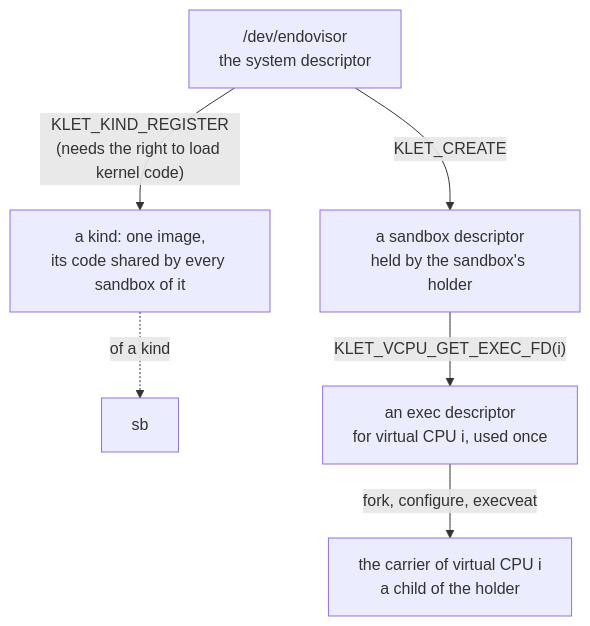
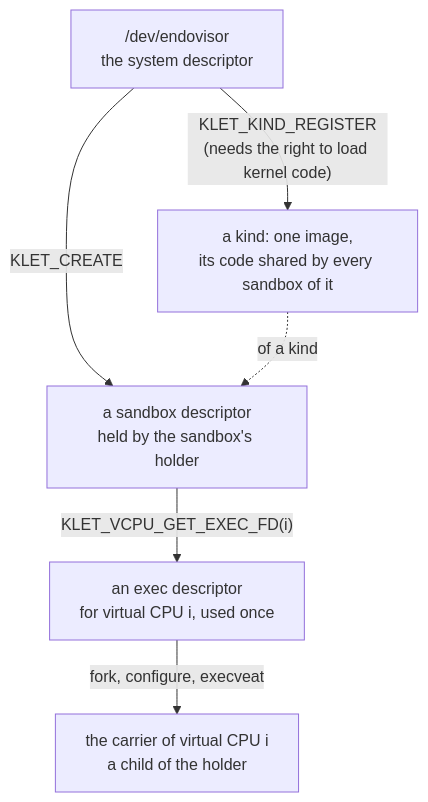
Before and after one commit to Plucky923/kernelet: the first of 2 diagrams in src/the-endovisor-uapi.md, drawn with Mermaid. The commit also changed other lines of this file and 15 other files, not shown here.

````diff
--- a/src/the-endovisor-uapi.md
+++ b/src/the-endovisor-uapi.md
@@ -157,8 +162,8 @@
 ```mermaid
 flowchart TB
     dev["/dev/endovisor<br/>the system descriptor"] -- "KLET_CREATE" --> sandbox_fd["a sandbox descriptor<br/>held by the sandbox's holder"]
     dev -- "KLET_KIND_REGISTER<br/>(needs the right to load kernel code)" --> kind["a kind: one image,<br/>its code shared by every sandbox of it"]
-    kind -. "of a kind" .-> sb
+    kind -. "of a kind" .-> sandbox_fd
     sandbox_fd -- "KLET_VCPU_GET_EXEC_FD(i)" --> ex["an exec descriptor<br/>for virtual CPU i, used once"]
     ex -- "fork, configure, execveat" --> car["the carrier of virtual CPU i<br/>a child of the holder"]
 ```
````
